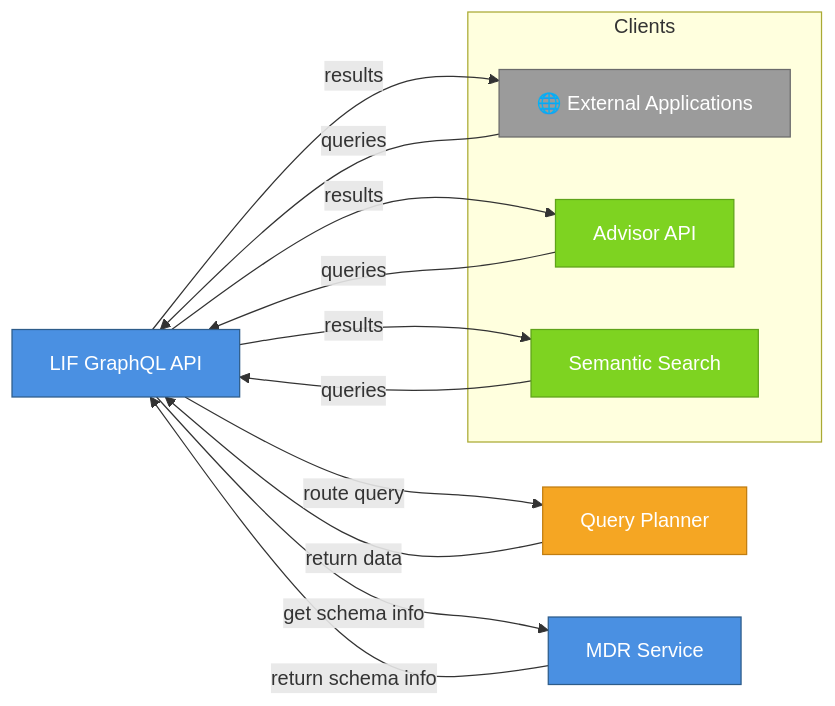
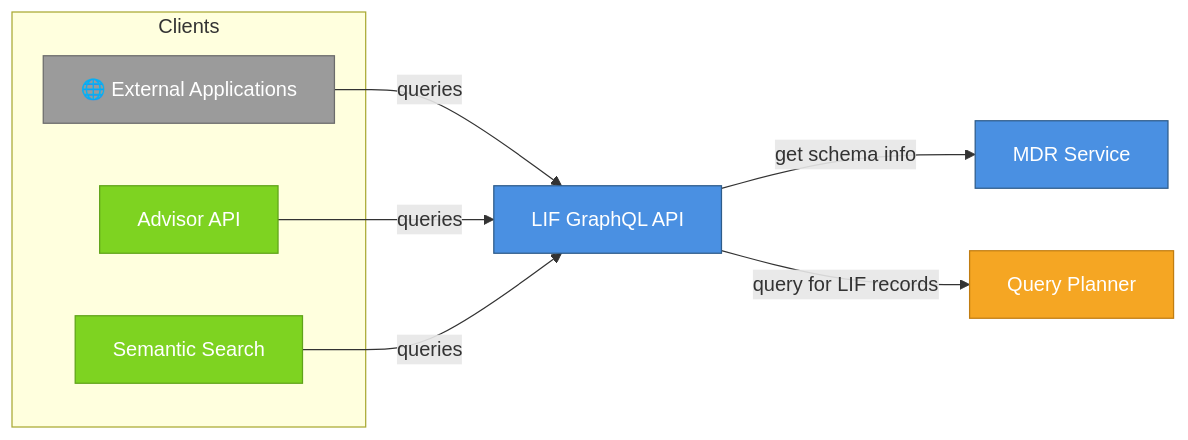
One commit to LIF-Initiative/lif-core changed the second of 16 diagrams in docs/lif_services_overview.md. Above: the diagram before and after it, drawn with Mermaid.

Commit message:
docs: update more diagrams

````diff
--- a/docs/lif_services_overview.md
+++ b/docs/lif_services_overview.md
@@ -93,32 +93,27 @@
 ```mermaid
 graph LR
     GQL[LIF GraphQL API]
     QP[Query Planner]
     MDR[MDR Service]
     subgraph Clients["Clients"]
         Users[🌐 External Applications]
         Advisor[Advisor API]
         MCP[Semantic Search]
     end
     
     Users -->|queries| GQL
     Advisor -->|queries| GQL
     MCP -->|queries| GQL
     GQL -->|get schema info| MDR
-    MDR -->|return schema info| GQL
-    GQL -->|route query| QP
-    QP -->|return data| GQL
-    GQL -->|results| Users
-    GQL -->|results| Advisor
-    GQL -->|results| MCP
+    GQL -->|query for LIF records| QP
     
     classDef coreStyle fill:#4A90E2,stroke:#2E5C8A,color:#fff
     classDef intelStyle fill:#7ED321,stroke:#5FA319,color:#fff
     classDef infraStyle fill:#F5A623,stroke:#C17D11,color:#fff
     classDef extStyle fill:#9B9B9B,stroke:#6B6B6B,color:#fff
     
     class GQL,MDR coreStyle
     class Advisor,MCP intelStyle
     class QP infraStyle
     class Users extStyle
 ```
````
